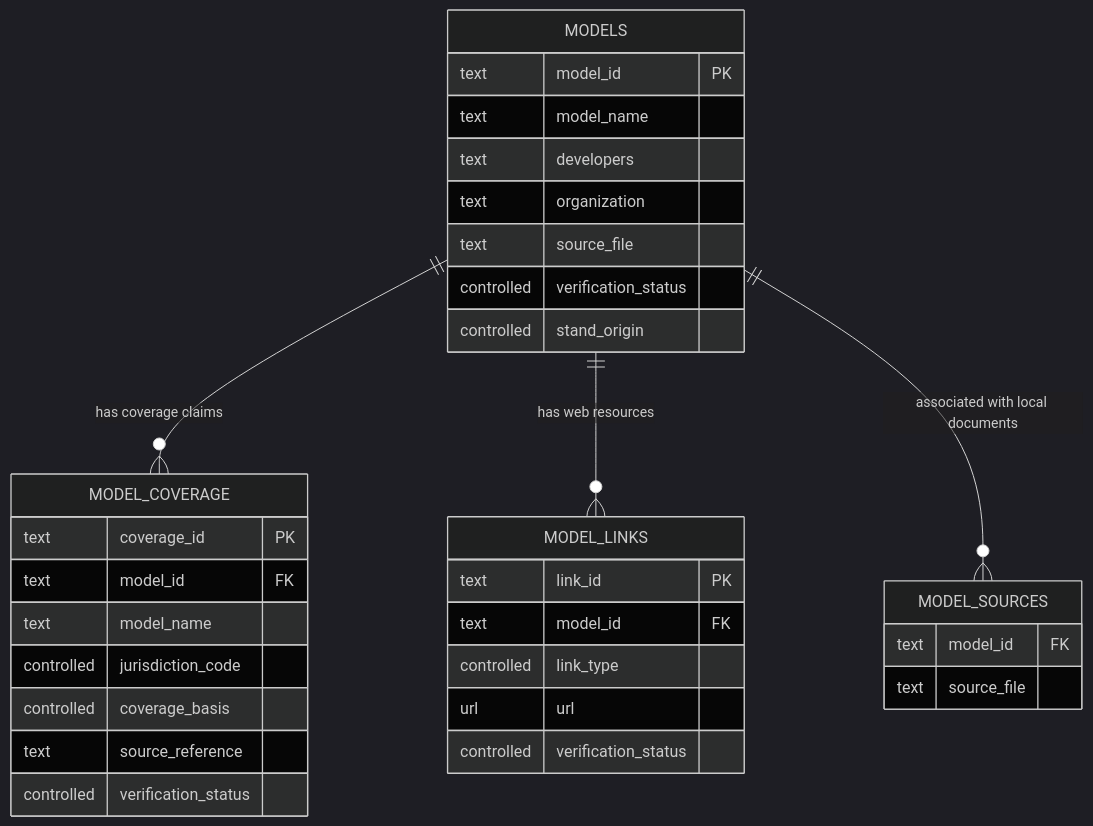
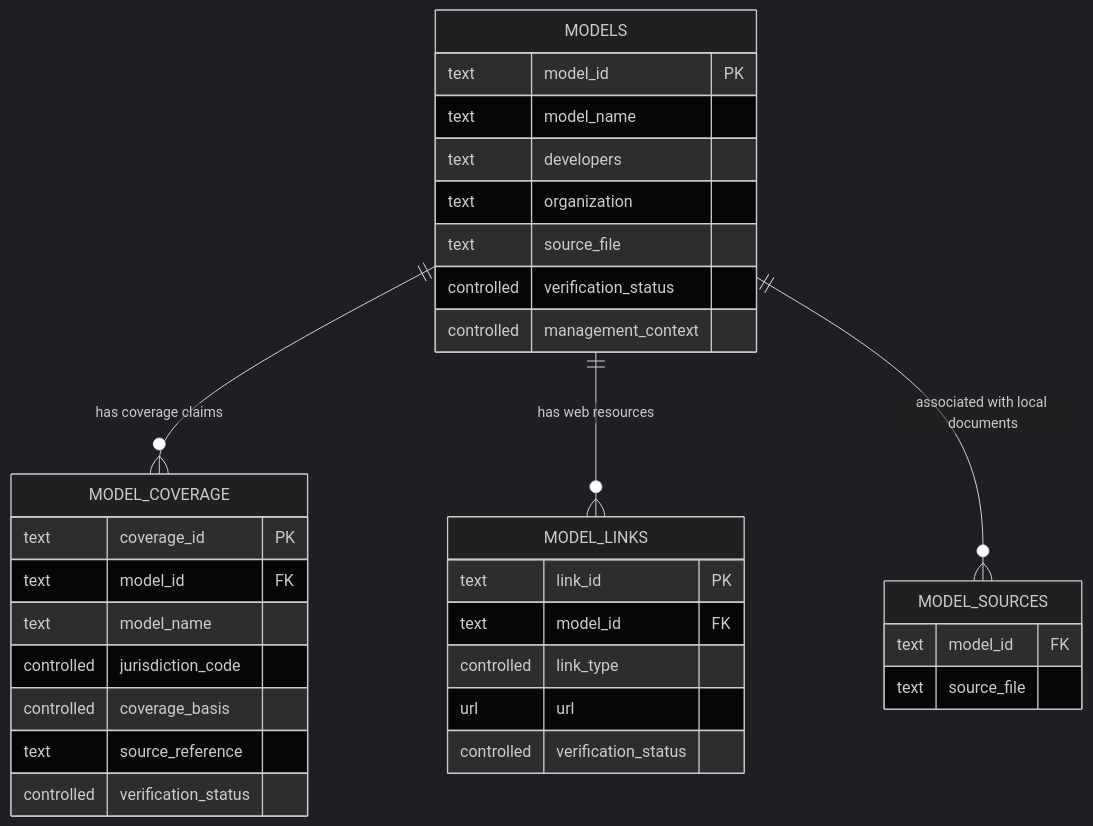
One commit to forest-carbon-tools-dfs/CanGrowthModels changed the first of 2 diagrams in docs/data-model-and-pipeline.md. Above: the diagram before and after it, drawn with Mermaid (dark theme). The commit also changed other lines of this file and 8 other files, not shown here.

Commit message:
Fix management context rendering and document CSV update workflow

````diff
--- a/docs/data-model-and-pipeline.md
+++ b/docs/data-model-and-pipeline.md
@@ -63,36 +63,36 @@
 ```mermaid
 erDiagram
     MODELS ||--o{ MODEL_COVERAGE : "has coverage claims"
     MODELS ||--o{ MODEL_LINKS : "has web resources"
     MODELS ||--o{ MODEL_SOURCES : "associated with local documents"
 
     MODELS {
         text model_id PK
         text model_name
         text developers
         text organization
         text source_file
         controlled verification_status
-        controlled stand_origin
+        controlled management_context
     }
     MODEL_COVERAGE {
         text coverage_id PK
         text model_id FK
         text model_name
         controlled jurisdiction_code
         controlled coverage_basis
         text source_reference
         controlled verification_status
     }
     MODEL_LINKS {
         text link_id PK
         text model_id FK
         controlled link_type
         url url
         controlled verification_status
     }
     MODEL_SOURCES {
         text model_id FK
         text source_file
     }
 ```
````
